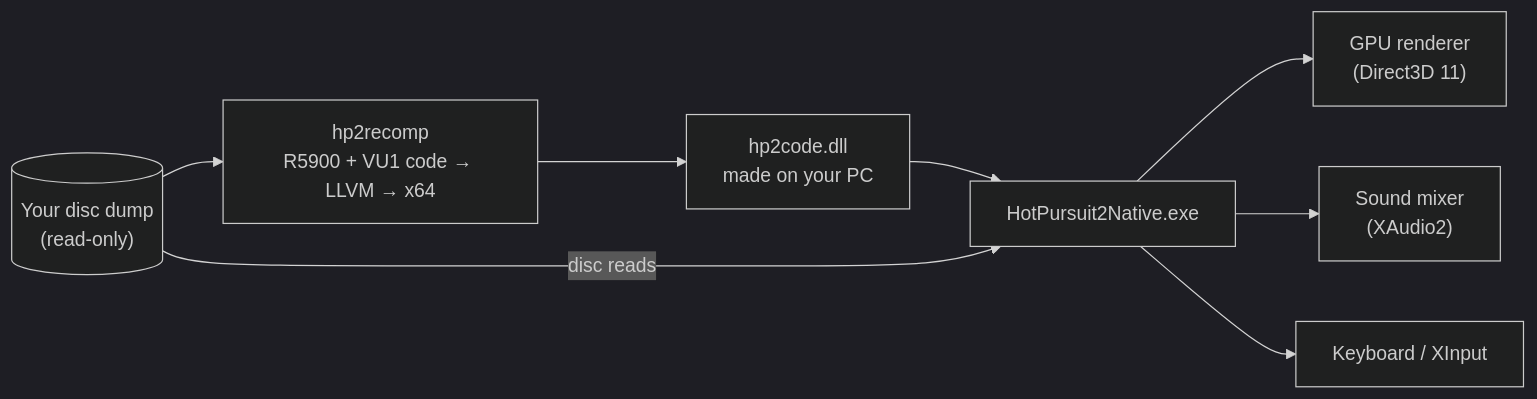
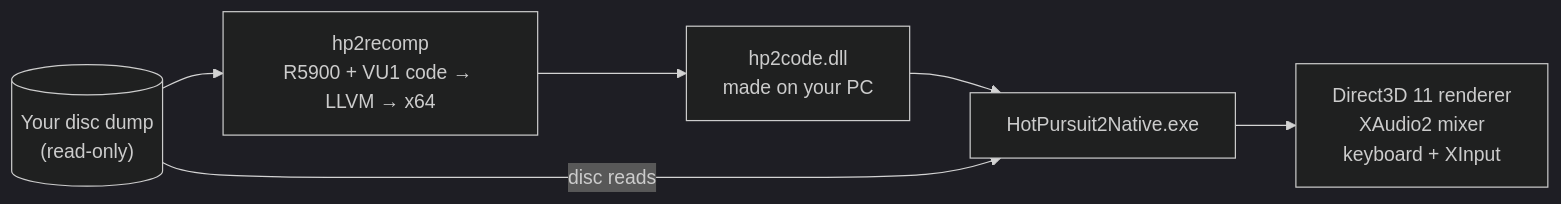
The diagram in README.md (awtocl/HotPursuit2PC), drawn with Mermaid (dark theme) before and after one commit. The commit also changed other lines of this file, not shown here.

Commit message:
README: Features table header, a more compact diagram

````diff
--- a/README.md
+++ b/README.md
@@ -113,10 +113,8 @@
 ```mermaid
 flowchart LR
     D[("Your disc dump<br/>(read-only)")] --> R["hp2recomp<br/>R5900 + VU1 code → LLVM → x64"]
     R --> C["hp2code.dll<br/>made on your PC"]
     C --> N["HotPursuit2Native.exe"]
     D -- "disc reads" --> N
-    N --> G["GPU renderer<br/>(Direct3D 11)"]
-    N --> S["Sound mixer<br/>(XAudio2)"]
-    N --> I["Keyboard / XInput"]
+    N --> O["Direct3D 11 renderer<br/>XAudio2 mixer<br/>keyboard + XInput"]
 ```
````
